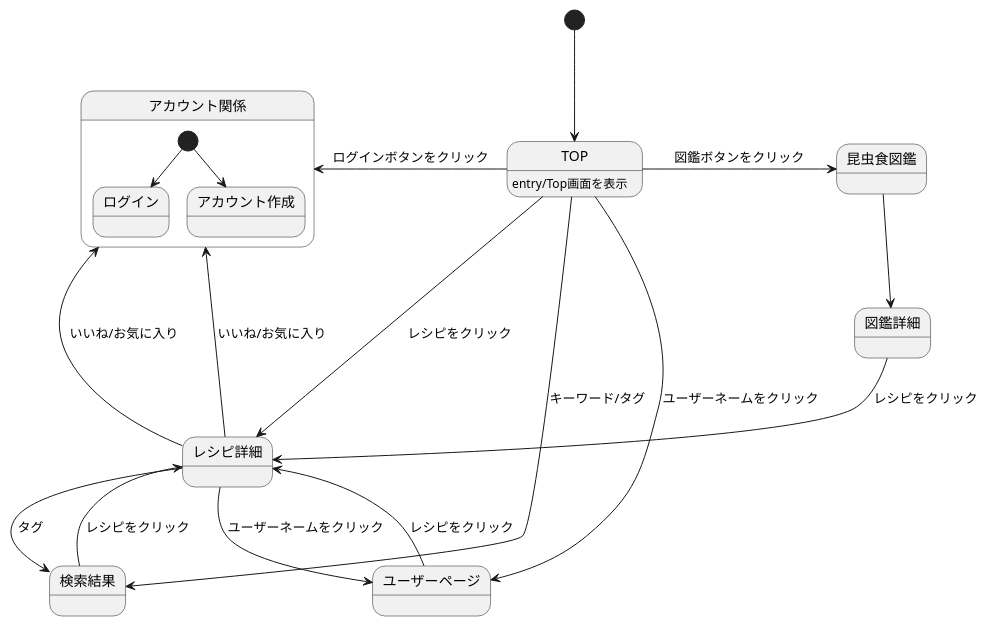
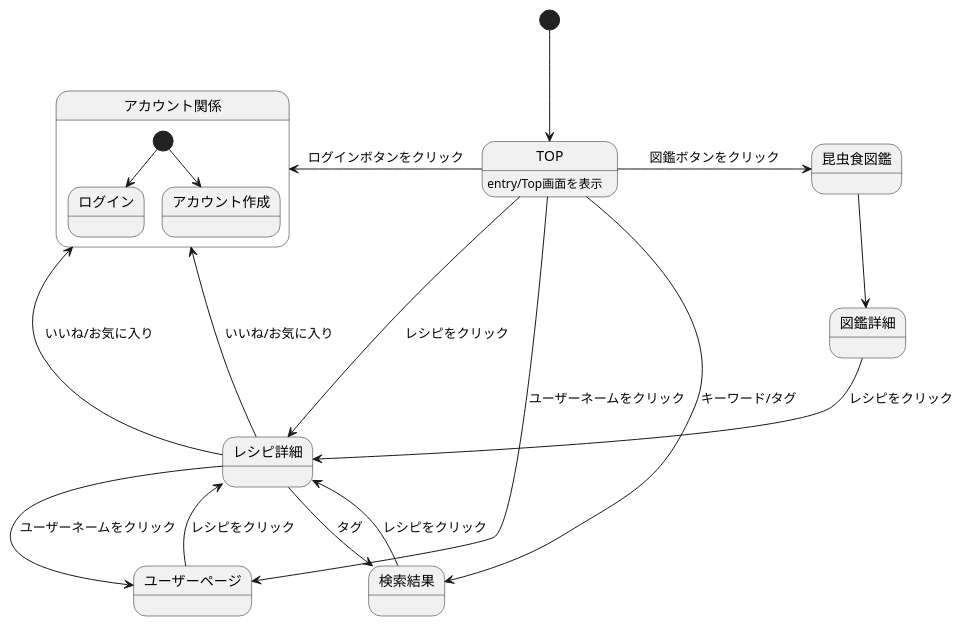
Before and after one commit to ASO2001040/bugbug-design: the diagram in ScreenTransitionDiagram.md, drawn with PlantUML.

````diff
--- a/ScreenTransitionDiagram.md
+++ b/ScreenTransitionDiagram.md
@@ -1,25 +1,25 @@
 ```uml
 @startuml
 [*]-->TOP
 
 TOP : entry/Top画面を表示
 TOP-left->アカウント関係: ログインボタンをクリック
 TOP->昆虫食図鑑: 図鑑ボタンをクリック
-TOP->ユーザーページ: ユーザーネームをクリック
-TOP-->レシピ詳細: レシピをクリック
+TOP-->ユーザーページ: ユーザーネームをクリック
+TOP->レシピ詳細: レシピをクリック
 TOP->検索結果: キーワード/タグ
 ユーザーページ-->レシピ詳細: レシピをクリック
 レシピ詳細-->ユーザーページ: ユーザーネームをクリック
 レシピ詳細-->検索結果: タグ
 レシピ詳細-->アカウント関係: いいね/お気に入り
 レシピ詳細->アカウント関係: いいね/お気に入り
 検索結果-->レシピ詳細: レシピをクリック
 昆虫食図鑑-->図鑑詳細
 図鑑詳細-->レシピ詳細: レシピをクリック
 
 state アカウント関係 {
  [*] --> ログイン
  [*] --> アカウント作成
  }
 @enduml
 ```
````
